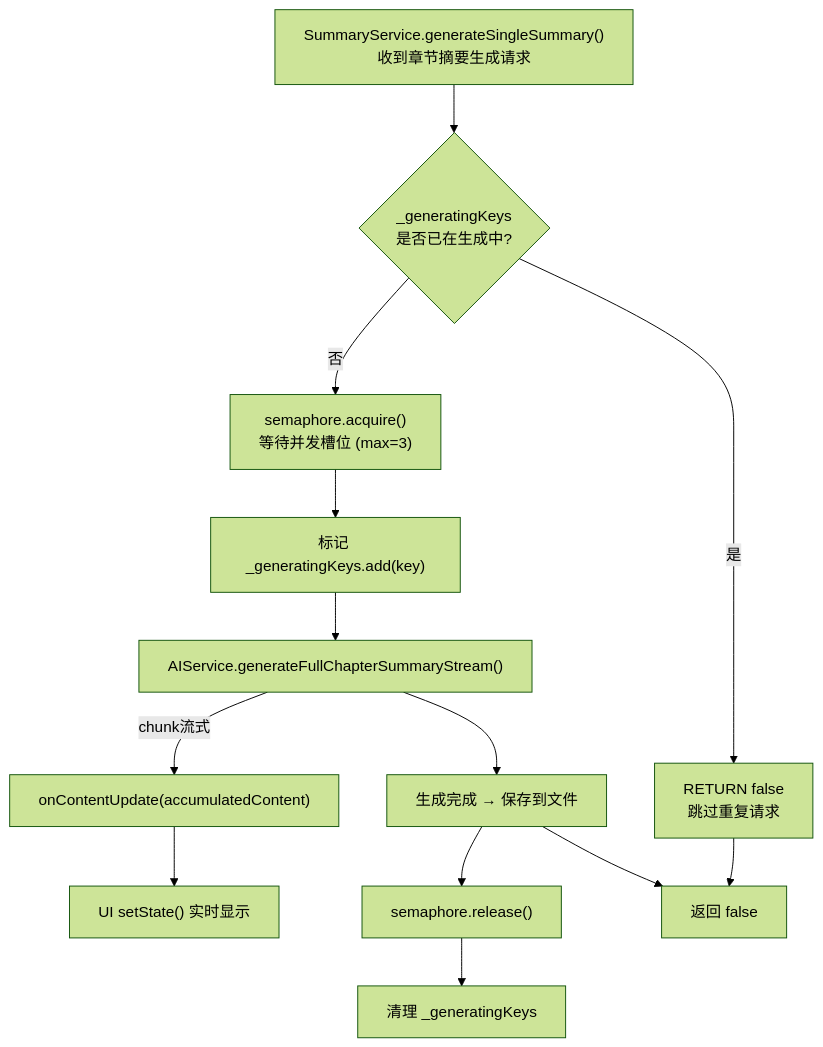
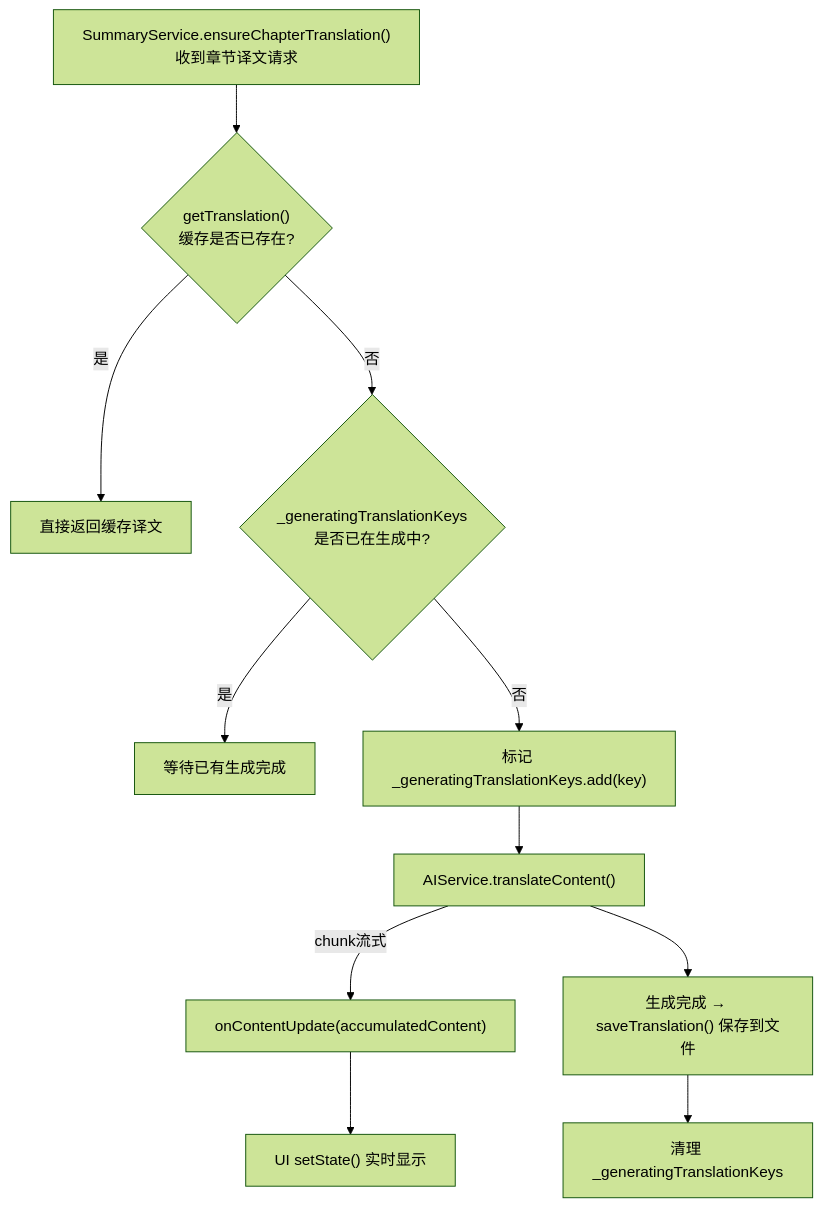
Before and after one commit to jjzhang2000/zhidu: the seventh of 11 diagrams in docs/function_call_relationships_visual.md, drawn with Mermaid (forest theme). The commit also changed other lines of this file and 26 other files, not shown here.

````diff
--- a/docs/function_call_relationships_visual.md
+++ b/docs/function_call_relationships_visual.md
@@ -365,23 +342,19 @@
 ```mermaid
 flowchart TD
-    REQ["SummaryService.generateSingleSummary()<br/>收到章节摘要生成请求"]
+    REQ["SummaryService.ensureChapterTranslation()<br/>收到章节译文请求"]
 
-    REQ --> CHECK_GEN{"_generatingKeys<br/>是否已在生成中?"}
+    REQ --> CHECK_CACHE{"getTranslation()<br/>缓存是否已存在?"}
 
-    CHECK_GEN --> |"是"| SKIP["RETURN false<br/>跳过重复请求"]
-    CHECK_GEN --> |"否"| SEM["semaphore.acquire()<br/>等待并发槽位 (max=3)"]
+    CHECK_CACHE --> |"是"| RETURN["直接返回缓存译文"]
+    CHECK_CACHE --> |"否"| CHECK_GEN{"_generatingTranslationKeys<br/>是否已在生成中?"}
 
-    SEM --> MARK["标记 _generatingKeys.add(key)"]
-    MARK --> AI["AIService.generateFullChapterSummaryStream()"]
+    CHECK_GEN --> |"是"| WAIT["等待已有生成完成"]
+    CHECK_GEN --> |"否"| MARK["标记 _generatingTranslationKeys.add(key)"]
+    MARK --> AI["AIService.translateContent()"]
 
     AI --> |"chunk流式"| CALLBACK["onContentUpdate(accumulatedContent)"]
     CALLBACK --> UI["UI setState() 实时显示"]
 
-    AI --> DONE["生成完成 → 保存到文件"]
-
-    DONE --> RELEASE["semaphore.release()"]
-    RELEASE --> CLEANUP["清理 _generatingKeys"]
-
-    SKIP --> RESULT["返回 false"]
-    DONE --> RESULT
+    AI --> DONE["生成完成 → saveTranslation() 保存到文件"]
+    DONE --> CLEANUP["清理 _generatingTranslationKeys"]
 ```
````
